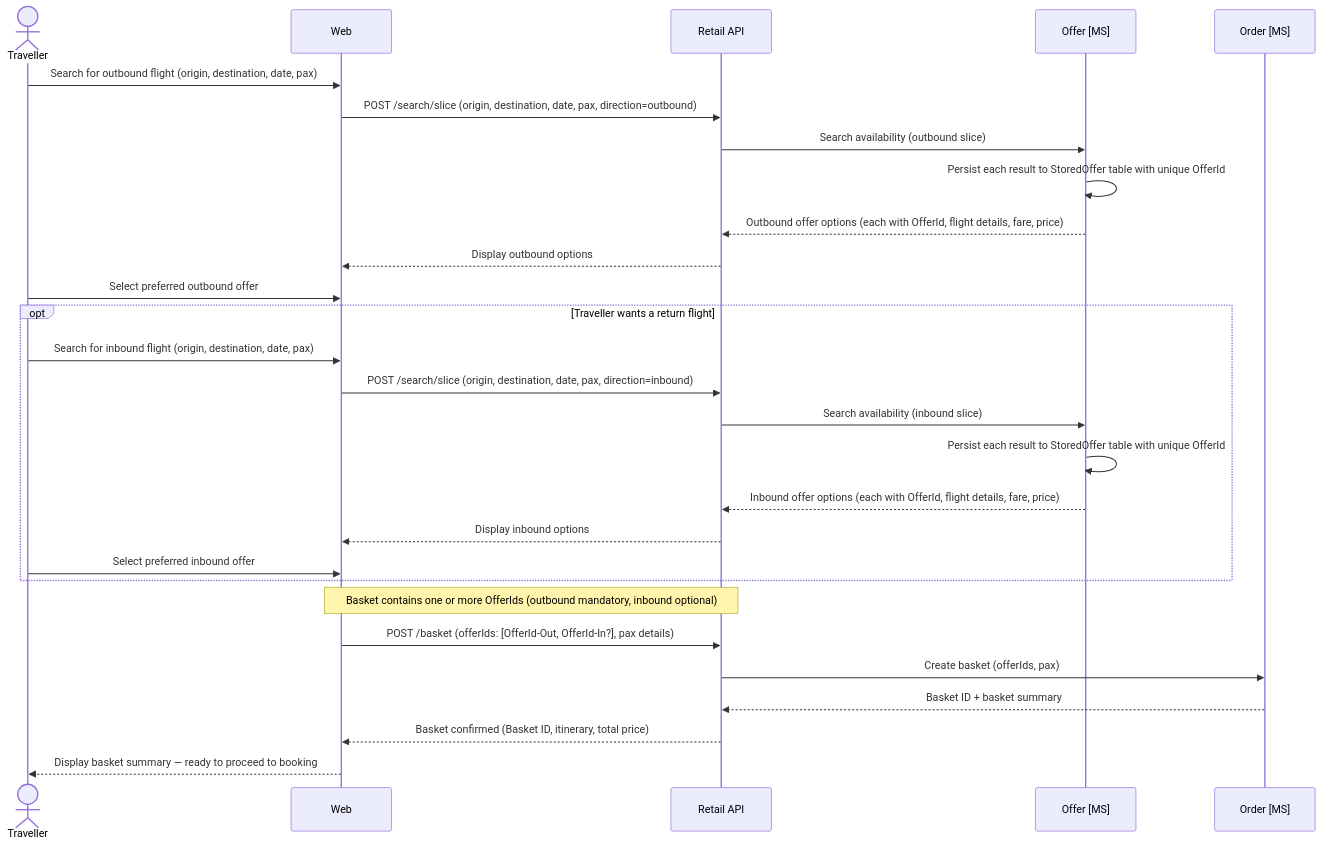
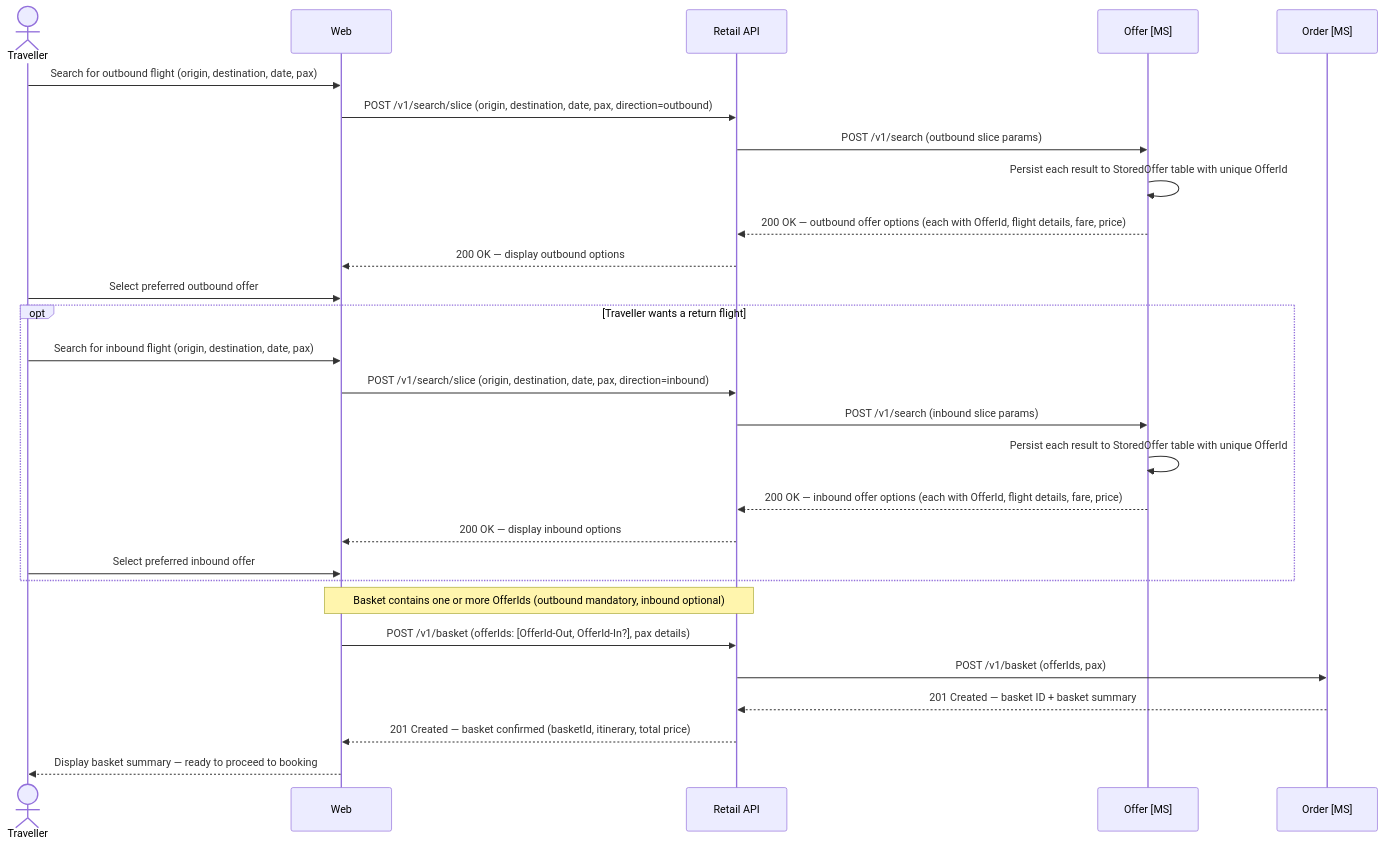
Before and after one commit to sebharvey/airline-reservation-system: the second of 12 diagrams in architecture/design.md, drawn with Mermaid. The commit also changed other lines of this file, not shown here.

````diff
--- a/architecture/design.md
+++ b/architecture/design.md
@@ -156,36 +156,36 @@
 ```mermaid
 sequenceDiagram
     actor Traveller
     participant Web
     participant RetailAPI as Retail API
     participant OfferMS as Offer [MS]
     participant OrderMS as Order [MS]
 
     Traveller->>Web: Search for outbound flight (origin, destination, date, pax)
 
-    Web->>RetailAPI: POST /search/slice (origin, destination, date, pax, direction=outbound)
-    RetailAPI->>OfferMS: Search availability (outbound slice)
+    Web->>RetailAPI: POST /v1/search/slice (origin, destination, date, pax, direction=outbound)
+    RetailAPI->>OfferMS: POST /v1/search (outbound slice params)
     OfferMS->>OfferMS: Persist each result to StoredOffer table with unique OfferId
-    OfferMS-->>RetailAPI: Outbound offer options (each with OfferId, flight details, fare, price)
-    RetailAPI-->>Web: Display outbound options
+    OfferMS-->>RetailAPI: 200 OK — outbound offer options (each with OfferId, flight details, fare, price)
+    RetailAPI-->>Web: 200 OK — display outbound options
 
     Traveller->>Web: Select preferred outbound offer
 
     opt Traveller wants a return flight
         Traveller->>Web: Search for inbound flight (origin, destination, date, pax)
-        Web->>RetailAPI: POST /search/slice (origin, destination, date, pax, direction=inbound)
-        RetailAPI->>OfferMS: Search availability (inbound slice)
+        Web->>RetailAPI: POST /v1/search/slice (origin, destination, date, pax, direction=inbound)
+        RetailAPI->>OfferMS: POST /v1/search (inbound slice params)
         OfferMS->>OfferMS: Persist each result to StoredOffer table with unique OfferId
-        OfferMS-->>RetailAPI: Inbound offer options (each with OfferId, flight details, fare, price)
-        RetailAPI-->>Web: Display inbound options
+        OfferMS-->>RetailAPI: 200 OK — inbound offer options (each with OfferId, flight details, fare, price)
+        RetailAPI-->>Web: 200 OK — display inbound options
         Traveller->>Web: Select preferred inbound offer
     end
 
     Note over Web, RetailAPI: Basket contains one or more OfferIds (outbound mandatory, inbound optional)
 
-    Web->>RetailAPI: POST /basket (offerIds: [OfferId-Out, OfferId-In?], pax details)
-    RetailAPI->>OrderMS: Create basket (offerIds, pax)
-    OrderMS-->>RetailAPI: Basket ID + basket summary
-    RetailAPI-->>Web: Basket confirmed (Basket ID, itinerary, total price)
+    Web->>RetailAPI: POST /v1/basket (offerIds: [OfferId-Out, OfferId-In?], pax details)
+    RetailAPI->>OrderMS: POST /v1/basket (offerIds, pax)
+    OrderMS-->>RetailAPI: 201 Created — basket ID + basket summary
+    RetailAPI-->>Web: 201 Created — basket confirmed (basketId, itinerary, total price)
     Web-->>Traveller: Display basket summary — ready to proceed to booking
 ```
````
